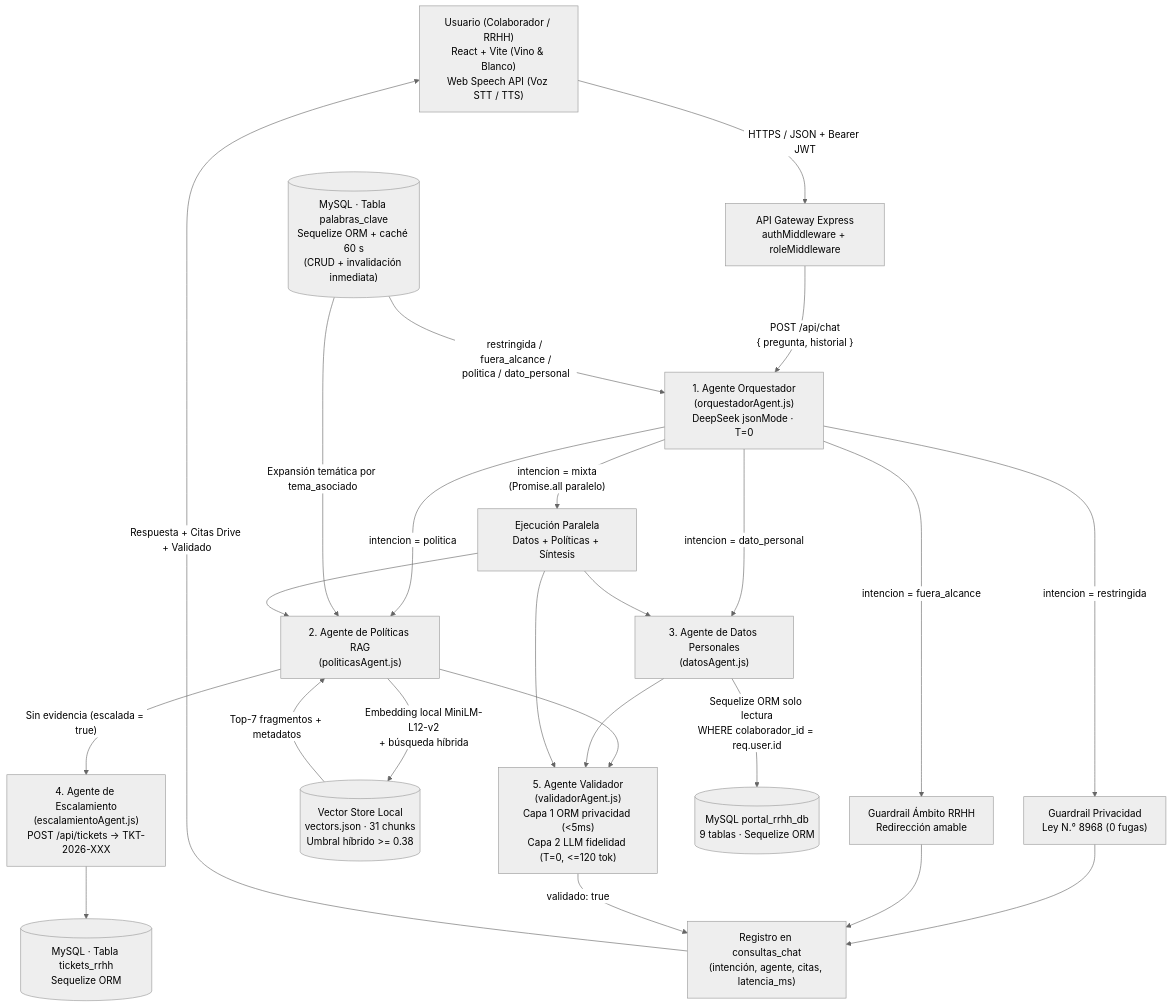
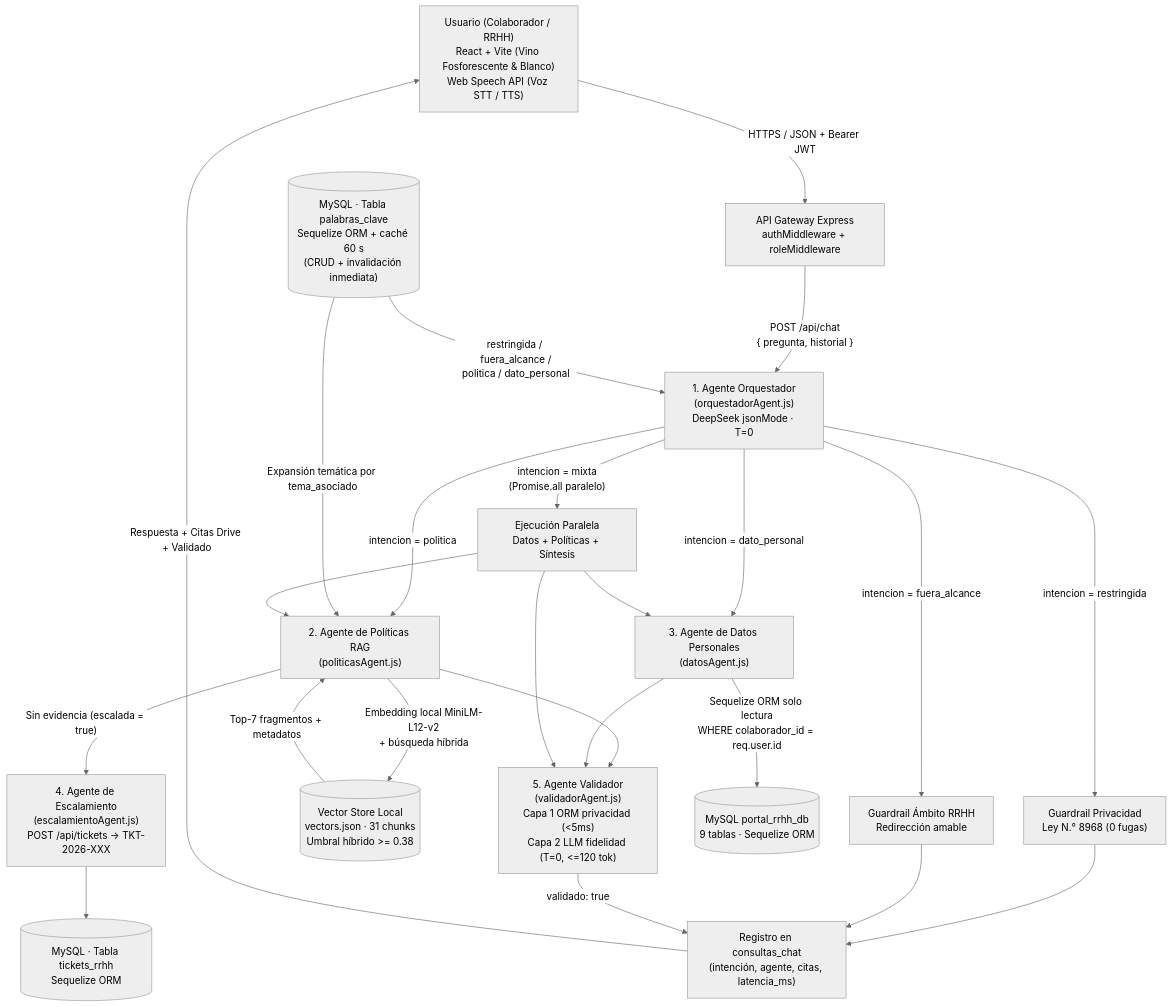
One commit to DanielOR20/Portal_Consultas changed the first of 2 diagrams in docs/architecture/diagrama_arquitectura.md. Above: the diagram before and after it, drawn with Mermaid (neutral theme). The commit also changed other lines of this file and 14 other files, not shown here.

Commit message:
feat: puntos extra completos (tickets, voz, validador, CRUD keywords y UI vino fosforescente)

````diff
--- a/docs/architecture/diagrama_arquitectura.md
+++ b/docs/architecture/diagrama_arquitectura.md
@@ -20,31 +20,31 @@
 ```mermaid
 flowchart TD
-    U["Usuario (Colaborador / RRHH)<br/>React + Vite (Vino & Blanco)<br/>Web Speech API (Voz STT / TTS)"] -->|"HTTPS / JSON + Bearer JWT"| API["API Gateway Express<br/>authMiddleware + roleMiddleware"]
+    U["Usuario (Colaborador / RRHH)<br/>React + Vite (Vino Fosforescente & Blanco)<br/>Web Speech API (Voz STT / TTS)"] -->|"HTTPS / JSON + Bearer JWT"| API["API Gateway Express<br/>authMiddleware + roleMiddleware"]
     API -->|"POST /api/chat<br/>{ pregunta, historial }"| ORQ["1. Agente Orquestador<br/>(orquestadorAgent.js)<br/>DeepSeek jsonMode · T=0"]
 
     KW[("MySQL · Tabla palabras_clave<br/>Sequelize ORM + caché 60 s<br/>(CRUD + invalidación inmediata)")] -->|"restringida / fuera_alcance /<br/>politica / dato_personal"| ORQ
 
     ORQ -->|"intencion = restringida"| G1["Guardrail Privacidad<br/>Ley N.° 8968 (0 fugas)"]
     ORQ -->|"intencion = fuera_alcance"| G2["Guardrail Ámbito RRHH<br/>Redirección amable"]
     ORQ -->|"intencion = politica"| POL["2. Agente de Políticas RAG<br/>(politicasAgent.js)"]
     ORQ -->|"intencion = dato_personal"| DAT["3. Agente de Datos Personales<br/>(datosAgent.js)"]
     ORQ -->|"intencion = mixta<br/>(Promise.all paralelo)"| MIX["Ejecución Paralela<br/>Datos + Políticas + Síntesis"]
 
     KW -->|"Expansión temática por tema_asociado"| POL
     POL -->|"Embedding local MiniLM-L12-v2<br/>+ búsqueda híbrida"| VEC[("Vector Store Local<br/>vectors.json · 31 chunks<br/>Umbral híbrido >= 0.38")]
     VEC -->|"Top-7 fragmentos + metadatos"| POL
     POL -->|"Sin evidencia (escalada = true)"| ESC["4. Agente de Escalamiento<br/>(escalamientoAgent.js)<br/>POST /api/tickets -> TKT-2026-XXX"]
     ESC --> TKT[("MySQL · Tabla tickets_rrhh<br/>Sequelize ORM")]
 
     DAT -->|"Sequelize ORM solo lectura<br/>WHERE colaborador_id = req.user.id"| MYSQL[("MySQL portal_rrhh_db<br/>9 tablas · Sequelize ORM")]
     MIX --> POL
     MIX --> DAT
 
     POL --> VAL["5. Agente Validador<br/>(validadorAgent.js)<br/>Capa 1 ORM privacidad (<5ms)<br/>Capa 2 LLM fidelidad (T=0, <=120 tok)"]
     DAT --> VAL
     MIX --> VAL
     G1 --> LOG["Registro en consultas_chat<br/>(intención, agente, citas, latencia_ms)"]
     G2 --> LOG
     VAL -->|"validado: true"| LOG
     LOG -->|"Respuesta + Citas Drive + Validado"| U
 ```
````
